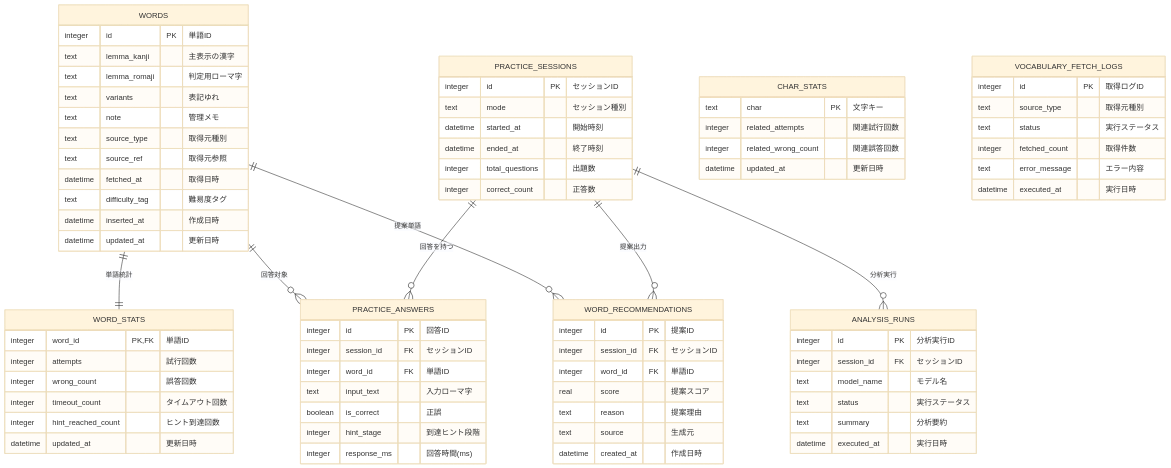
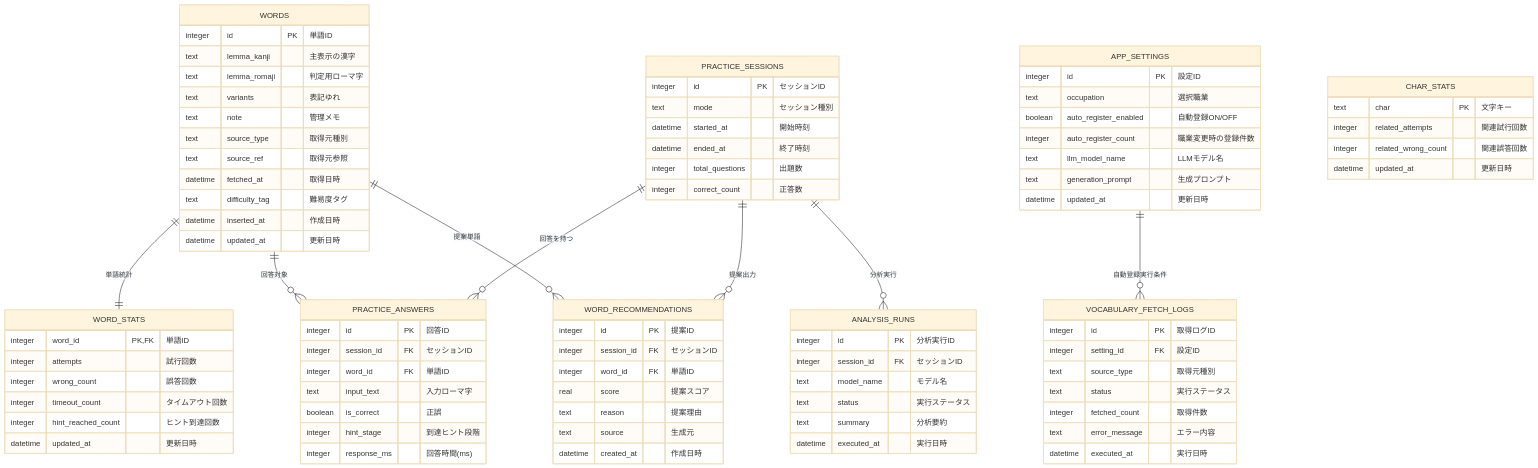
One commit to ymn-t-yamanashi/word_practice changed the diagram in doc/ER図.md. Above: the diagram before and after it, drawn with Mermaid (base theme). The commit also changed other lines of this file, not shown here.

Commit message:
docs: update ER diagram for occupation-based auto registration

```diff
--- a/doc/ER図.md
+++ b/doc/ER図.md
@@ -13,6 +13,16 @@
         datetime fetched_at "取得日時"
         text difficulty_tag "難易度タグ"
         datetime inserted_at "作成日時"
+        datetime updated_at "更新日時"
+    }
+
+    APP_SETTINGS {
+        integer id PK "設定ID"
+        text occupation "選択職業"
+        boolean auto_register_enabled "自動登録ON/OFF"
+        integer auto_register_count "職業変更時の登録件数"
+        text llm_model_name "LLMモデル名"
+        text generation_prompt "生成プロンプト"
         datetime updated_at "更新日時"
     }
 
@@ -53,6 +63,7 @@
 
     VOCABULARY_FETCH_LOGS {
         integer id PK "取得ログID"
+        integer setting_id FK "設定ID"
         text source_type "取得元種別"
         text status "実行ステータス"
         integer fetched_count "取得件数"
@@ -82,6 +93,7 @@
     PRACTICE_SESSIONS ||--o{ PRACTICE_ANSWERS : 回答を持つ
     WORDS ||--o{ PRACTICE_ANSWERS : 回答対象
     WORDS ||--|| WORD_STATS : 単語統計
+    APP_SETTINGS ||--o{ VOCABULARY_FETCH_LOGS : 自動登録実行条件
     PRACTICE_SESSIONS ||--o{ ANALYSIS_RUNS : 分析実行
     PRACTICE_SESSIONS ||--o{ WORD_RECOMMENDATIONS : 提案出力
     WORDS ||--o{ WORD_RECOMMENDATIONS : 提案単語
```
